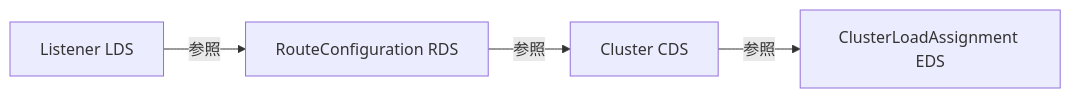
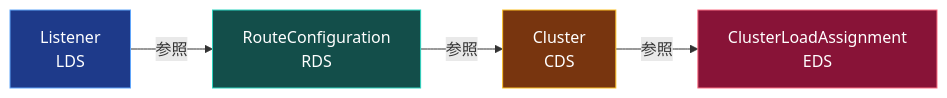
One commit to 0-draft/envoy-xds-deep-dive changed the third of 3 diagrams in docs/02-xds-overview/README.ja.md. Above: the diagram before and after it, drawn with Mermaid. The commit also changed other lines of this file and 27 other files, not shown here.

First line of the commit message:
docs: semantic color, distinct shapes, and a11y metadata for all mermaid diagrams

````diff
--- a/docs/02-xds-overview/README.ja.md
+++ b/docs/02-xds-overview/README.ja.md
@@ -110,6 +114,16 @@
 ```mermaid
 flowchart LR
-    L[Listener LDS] -- 参照 --> R[RouteConfiguration RDS]
-    R -- 参照 --> C[Cluster CDS]
-    C -- 参照 --> E[ClusterLoadAssignment EDS]
+    accTitle: xDS リソースの依存チェーン
+    accDescr: Listener は RouteConfiguration を参照し、それは Cluster を、Cluster は ClusterLoadAssignment を参照する。
+    L[Listener<br/>LDS] -- 参照 --> R[RouteConfiguration<br/>RDS]
+    R -- 参照 --> C[Cluster<br/>CDS]
+    C -- 参照 --> E[ClusterLoadAssignment<br/>EDS]
+    class L lds
+    class R rds
+    class C cds
+    class E eds
+    classDef lds fill:#1e3a8a,stroke:#60a5fa,color:#fff
+    classDef rds fill:#134e4a,stroke:#2dd4bf,color:#fff
+    classDef cds fill:#78350f,stroke:#fbbf24,color:#fff
+    classDef eds fill:#881337,stroke:#fb7185,color:#fff
 ```
````
